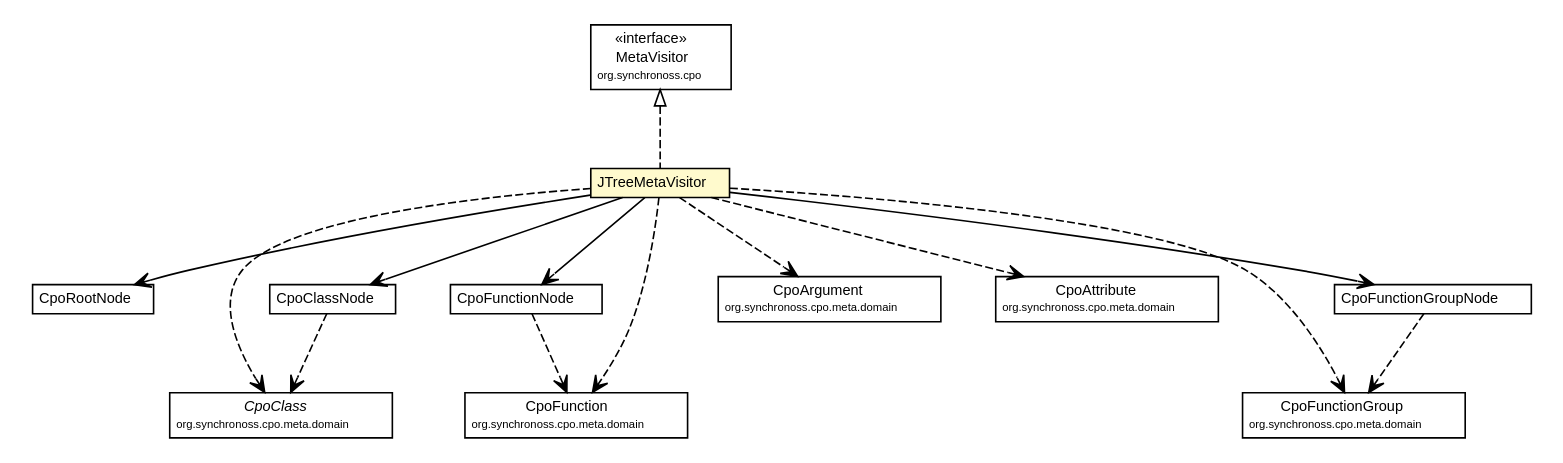
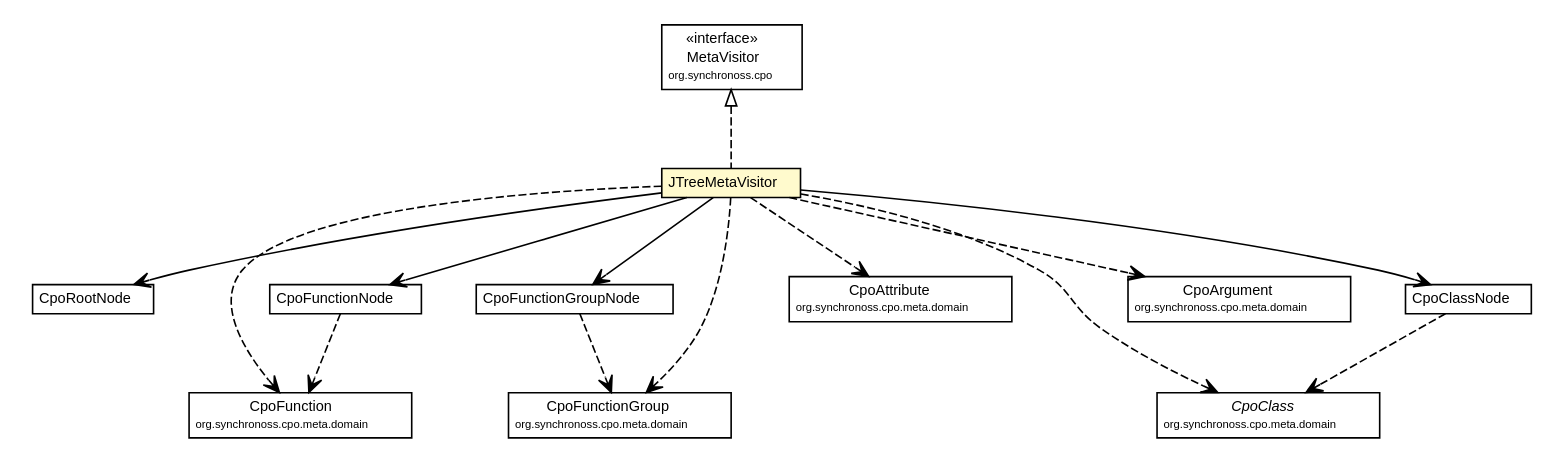
One commit to synchronoss/cpo-util changed the diagram in site/apidocs/org/synchronoss/cpo/util/JTreeMetaVisitor.dot. Above: the diagram before and after it, drawn with Graphviz. The commit also changed 303 other files, not shown here.

Commit message:
Creating site for cpoUtil, 5.1.1-SNAPSHOT

```diff
--- a/site/apidocs/org/synchronoss/cpo/util/JTreeMetaVisitor.dot
+++ b/site/apidocs/org/synchronoss/cpo/util/JTreeMetaVisitor.dot
@@ -1,109 +1,109 @@
 #!/usr/local/bin/dot
 #
 # Class diagram 
 # Generated by UmlGraph version 4.6 (http://www.spinellis.gr/sw/umlgraph)
 #
 
 digraph G {
 	edge [fontname="Helvetica",fontsize=10,labelfontname="Helvetica",labelfontsize=10];
 	node [fontname="Helvetica",fontsize=10,shape=plaintext];
 	// org.synchronoss.cpo.util.JTreeMetaVisitor
 	c1707 [label=<<table border="0" cellborder="1" cellspacing="0" cellpadding="2" port="p" bgcolor="lemonChiffon" href="./JTreeMetaVisitor.html">
 		<tr><td><table border="0" cellspacing="0" cellpadding="1">
 			<tr><td> JTreeMetaVisitor </td></tr>
 		</table></td></tr>
 		</table>>, fontname="Helvetica", fontcolor="black", fontsize=9.0];
 	// org.synchronoss.cpo.util.CpoRootNode
 	c1715 [label=<<table border="0" cellborder="1" cellspacing="0" cellpadding="2" port="p" href="./CpoRootNode.html">
 		<tr><td><table border="0" cellspacing="0" cellpadding="1">
 			<tr><td> CpoRootNode </td></tr>
 		</table></td></tr>
 		</table>>, fontname="Helvetica", fontcolor="black", fontsize=9.0];
 	// org.synchronoss.cpo.util.CpoFunctionNode
 	c1721 [label=<<table border="0" cellborder="1" cellspacing="0" cellpadding="2" port="p" href="./CpoFunctionNode.html">
 		<tr><td><table border="0" cellspacing="0" cellpadding="1">
 			<tr><td> CpoFunctionNode </td></tr>
 		</table></td></tr>
 		</table>>, fontname="Helvetica", fontcolor="black", fontsize=9.0];
 	// org.synchronoss.cpo.util.CpoClassNode
 	c1723 [label=<<table border="0" cellborder="1" cellspacing="0" cellpadding="2" port="p" href="./CpoClassNode.html">
 		<tr><td><table border="0" cellspacing="0" cellpadding="1">
 			<tr><td> CpoClassNode </td></tr>
 		</table></td></tr>
 		</table>>, fontname="Helvetica", fontcolor="black", fontsize=9.0];
 	// org.synchronoss.cpo.util.CpoFunctionGroupNode
 	c1728 [label=<<table border="0" cellborder="1" cellspacing="0" cellpadding="2" port="p" href="./CpoFunctionGroupNode.html">
 		<tr><td><table border="0" cellspacing="0" cellpadding="1">
 			<tr><td> CpoFunctionGroupNode </td></tr>
 		</table></td></tr>
 		</table>>, fontname="Helvetica", fontcolor="black", fontsize=9.0];
 	//org.synchronoss.cpo.util.JTreeMetaVisitor implements org.synchronoss.cpo.MetaVisitor
 	c1764:p -> c1707:p [dir=back,arrowtail=empty,style=dashed];
 	// org.synchronoss.cpo.util.JTreeMetaVisitor NAVASSOC org.synchronoss.cpo.util.CpoRootNode
 	c1707:p -> c1715:p [taillabel="", label="", headlabel="", fontname="Helvetica", fontcolor="black", fontsize=10.0, color="black", arrowhead=open];
 	// org.synchronoss.cpo.util.JTreeMetaVisitor NAVASSOC org.synchronoss.cpo.util.CpoClassNode
 	c1707:p -> c1723:p [taillabel="", label="", headlabel="", fontname="Helvetica", fontcolor="black", fontsize=10.0, color="black", arrowhead=open];
 	// org.synchronoss.cpo.util.JTreeMetaVisitor NAVASSOC org.synchronoss.cpo.util.CpoFunctionGroupNode
 	c1707:p -> c1728:p [taillabel="", label="", headlabel="", fontname="Helvetica", fontcolor="black", fontsize=10.0, color="black", arrowhead=open];
 	// org.synchronoss.cpo.util.JTreeMetaVisitor NAVASSOC org.synchronoss.cpo.util.CpoFunctionNode
 	c1707:p -> c1721:p [taillabel="", label="", headlabel="", fontname="Helvetica", fontcolor="black", fontsize=10.0, color="black", arrowhead=open];
+	// org.synchronoss.cpo.util.JTreeMetaVisitor DEPEND org.synchronoss.cpo.meta.domain.CpoFunction
+	c1707:p -> c1765:p [taillabel="", label="", headlabel="", fontname="Helvetica", fontcolor="black", fontsize=10.0, color="black", arrowhead=open, style=dashed];
+	// org.synchronoss.cpo.util.JTreeMetaVisitor DEPEND org.synchronoss.cpo.meta.domain.CpoAttribute
+	c1707:p -> c1766:p [taillabel="", label="", headlabel="", fontname="Helvetica", fontcolor="black", fontsize=10.0, color="black", arrowhead=open, style=dashed];
+	// org.synchronoss.cpo.util.JTreeMetaVisitor DEPEND org.synchronoss.cpo.meta.domain.CpoFunctionGroup
+	c1707:p -> c1768:p [taillabel="", label="", headlabel="", fontname="Helvetica", fontcolor="black", fontsize=10.0, color="black", arrowhead=open, style=dashed];
+	// org.synchronoss.cpo.util.JTreeMetaVisitor DEPEND org.synchronoss.cpo.meta.domain.CpoArgument
+	c1707:p -> c1769:p [taillabel="", label="", headlabel="", fontname="Helvetica", fontcolor="black", fontsize=10.0, color="black", arrowhead=open, style=dashed];
 	// org.synchronoss.cpo.util.JTreeMetaVisitor DEPEND org.synchronoss.cpo.meta.domain.CpoClass
-	c1707:p -> c1765:p [taillabel="", label="", headlabel="", fontname="Helvetica", fontcolor="black", fontsize=10.0, color="black", arrowhead=open, style=dashed];
-	// org.synchronoss.cpo.util.JTreeMetaVisitor DEPEND org.synchronoss.cpo.meta.domain.CpoArgument
-	c1707:p -> c1766:p [taillabel="", label="", headlabel="", fontname="Helvetica", fontcolor="black", fontsize=10.0, color="black", arrowhead=open, style=dashed];
-	// org.synchronoss.cpo.util.JTreeMetaVisitor DEPEND org.synchronoss.cpo.meta.domain.CpoAttribute
-	c1707:p -> c1767:p [taillabel="", label="", headlabel="", fontname="Helvetica", fontcolor="black", fontsize=10.0, color="black", arrowhead=open, style=dashed];
-	// org.synchronoss.cpo.util.JTreeMetaVisitor DEPEND org.synchronoss.cpo.meta.domain.CpoFunction
-	c1707:p -> c1768:p [taillabel="", label="", headlabel="", fontname="Helvetica", fontcolor="black", fontsize=10.0, color="black", arrowhead=open, style=dashed];
-	// org.synchronoss.cpo.util.JTreeMetaVisitor DEPEND org.synchronoss.cpo.meta.domain.CpoFunctionGroup
 	c1707:p -> c1770:p [taillabel="", label="", headlabel="", fontname="Helvetica", fontcolor="black", fontsize=10.0, color="black", arrowhead=open, style=dashed];
 	// org.synchronoss.cpo.util.CpoFunctionNode DEPEND org.synchronoss.cpo.meta.domain.CpoFunction
-	c1721:p -> c1768:p [taillabel="", label="", headlabel="", fontname="Helvetica", fontcolor="black", fontsize=10.0, color="black", arrowhead=open, style=dashed];
+	c1721:p -> c1765:p [taillabel="", label="", headlabel="", fontname="Helvetica", fontcolor="black", fontsize=10.0, color="black", arrowhead=open, style=dashed];
 	// org.synchronoss.cpo.util.CpoClassNode DEPEND org.synchronoss.cpo.meta.domain.CpoClass
-	c1723:p -> c1765:p [taillabel="", label="", headlabel="", fontname="Helvetica", fontcolor="black", fontsize=10.0, color="black", arrowhead=open, style=dashed];
+	c1723:p -> c1770:p [taillabel="", label="", headlabel="", fontname="Helvetica", fontcolor="black", fontsize=10.0, color="black", arrowhead=open, style=dashed];
 	// org.synchronoss.cpo.util.CpoFunctionGroupNode DEPEND org.synchronoss.cpo.meta.domain.CpoFunctionGroup
-	c1728:p -> c1770:p [taillabel="", label="", headlabel="", fontname="Helvetica", fontcolor="black", fontsize=10.0, color="black", arrowhead=open, style=dashed];
+	c1728:p -> c1768:p [taillabel="", label="", headlabel="", fontname="Helvetica", fontcolor="black", fontsize=10.0, color="black", arrowhead=open, style=dashed];
 	// org.synchronoss.cpo.meta.domain.CpoClass
-	c1765 [label=<<table border="0" cellborder="1" cellspacing="0" cellpadding="2" port="p" href="http://java.sun.com/j2se/1.4.2/docs/api/org/synchronoss/cpo/meta/domain/CpoClass.html">
+	c1770 [label=<<table border="0" cellborder="1" cellspacing="0" cellpadding="2" port="p" href="http://java.sun.com/j2se/1.4.2/docs/api/org/synchronoss/cpo/meta/domain/CpoClass.html">
 		<tr><td><table border="0" cellspacing="0" cellpadding="1">
 			<tr><td><font face="Helvetica-Oblique"> CpoClass </font></td></tr>
 			<tr><td><font point-size="7.0"> org.synchronoss.cpo.meta.domain </font></td></tr>
 		</table></td></tr>
 		</table>>, fontname="Helvetica", fontcolor="black", fontsize=9.0];
 	// org.synchronoss.cpo.meta.domain.CpoArgument
-	c1766 [label=<<table border="0" cellborder="1" cellspacing="0" cellpadding="2" port="p" href="http://java.sun.com/j2se/1.4.2/docs/api/org/synchronoss/cpo/meta/domain/CpoArgument.html">
+	c1769 [label=<<table border="0" cellborder="1" cellspacing="0" cellpadding="2" port="p" href="http://java.sun.com/j2se/1.4.2/docs/api/org/synchronoss/cpo/meta/domain/CpoArgument.html">
 		<tr><td><table border="0" cellspacing="0" cellpadding="1">
 			<tr><td> CpoArgument </td></tr>
 			<tr><td><font point-size="7.0"> org.synchronoss.cpo.meta.domain </font></td></tr>
 		</table></td></tr>
 		</table>>, fontname="Helvetica", fontcolor="black", fontsize=9.0];
 	// org.synchronoss.cpo.meta.domain.CpoAttribute
-	c1767 [label=<<table border="0" cellborder="1" cellspacing="0" cellpadding="2" port="p" href="http://java.sun.com/j2se/1.4.2/docs/api/org/synchronoss/cpo/meta/domain/CpoAttribute.html">
+	c1766 [label=<<table border="0" cellborder="1" cellspacing="0" cellpadding="2" port="p" href="http://java.sun.com/j2se/1.4.2/docs/api/org/synchronoss/cpo/meta/domain/CpoAttribute.html">
 		<tr><td><table border="0" cellspacing="0" cellpadding="1">
 			<tr><td> CpoAttribute </td></tr>
 			<tr><td><font point-size="7.0"> org.synchronoss.cpo.meta.domain </font></td></tr>
 		</table></td></tr>
 		</table>>, fontname="Helvetica", fontcolor="black", fontsize=9.0];
 	// org.synchronoss.cpo.meta.domain.CpoFunction
-	c1768 [label=<<table border="0" cellborder="1" cellspacing="0" cellpadding="2" port="p" href="http://java.sun.com/j2se/1.4.2/docs/api/org/synchronoss/cpo/meta/domain/CpoFunction.html">
+	c1765 [label=<<table border="0" cellborder="1" cellspacing="0" cellpadding="2" port="p" href="http://java.sun.com/j2se/1.4.2/docs/api/org/synchronoss/cpo/meta/domain/CpoFunction.html">
 		<tr><td><table border="0" cellspacing="0" cellpadding="1">
 			<tr><td> CpoFunction </td></tr>
 			<tr><td><font point-size="7.0"> org.synchronoss.cpo.meta.domain </font></td></tr>
 		</table></td></tr>
 		</table>>, fontname="Helvetica", fontcolor="black", fontsize=9.0];
 	// org.synchronoss.cpo.meta.domain.CpoFunctionGroup
-	c1770 [label=<<table border="0" cellborder="1" cellspacing="0" cellpadding="2" port="p" href="http://java.sun.com/j2se/1.4.2/docs/api/org/synchronoss/cpo/meta/domain/CpoFunctionGroup.html">
+	c1768 [label=<<table border="0" cellborder="1" cellspacing="0" cellpadding="2" port="p" href="http://java.sun.com/j2se/1.4.2/docs/api/org/synchronoss/cpo/meta/domain/CpoFunctionGroup.html">
 		<tr><td><table border="0" cellspacing="0" cellpadding="1">
 			<tr><td> CpoFunctionGroup </td></tr>
 			<tr><td><font point-size="7.0"> org.synchronoss.cpo.meta.domain </font></td></tr>
 		</table></td></tr>
 		</table>>, fontname="Helvetica", fontcolor="black", fontsize=9.0];
 	// org.synchronoss.cpo.MetaVisitor
 	c1764 [label=<<table border="0" cellborder="1" cellspacing="0" cellpadding="2" port="p" href="http://java.sun.com/j2se/1.4.2/docs/api/org/synchronoss/cpo/MetaVisitor.html">
 		<tr><td><table border="0" cellspacing="0" cellpadding="1">
 			<tr><td> &laquo;interface&raquo; </td></tr>
 			<tr><td> MetaVisitor </td></tr>
 			<tr><td><font point-size="7.0"> org.synchronoss.cpo </font></td></tr>
 		</table></td></tr>
 		</table>>, fontname="Helvetica", fontcolor="black", fontsize=9.0];
 }
```
